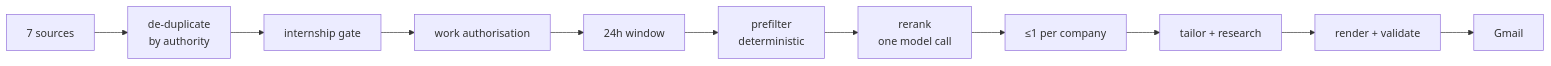
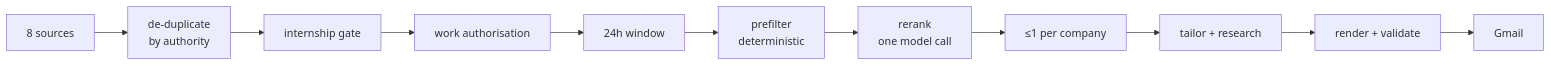
One commit to kurieu-mx/Internship_Agreggation_Platform changed the diagram in README.md. Above: the diagram before and after it, drawn with Mermaid. The commit also changed other lines of this file and 9 other files, not shown here.

````diff
--- a/README.md
+++ b/README.md
@@ -91,13 +91,13 @@
 ```mermaid
 flowchart LR
-    A[7 sources] --> B[de-duplicate<br/>by authority]
+    A[8 sources] --> B[de-duplicate<br/>by authority]
     B --> C[internship gate]
     C --> D[work authorisation]
     D --> E[24h window]
     E --> F[prefilter<br/>deterministic]
     F --> G[rerank<br/>one model call]
     G --> H[≤1 per company]
     H --> I[tailor + research]
     I --> J[render + validate]
     J --> K[Gmail]
 ```
````
